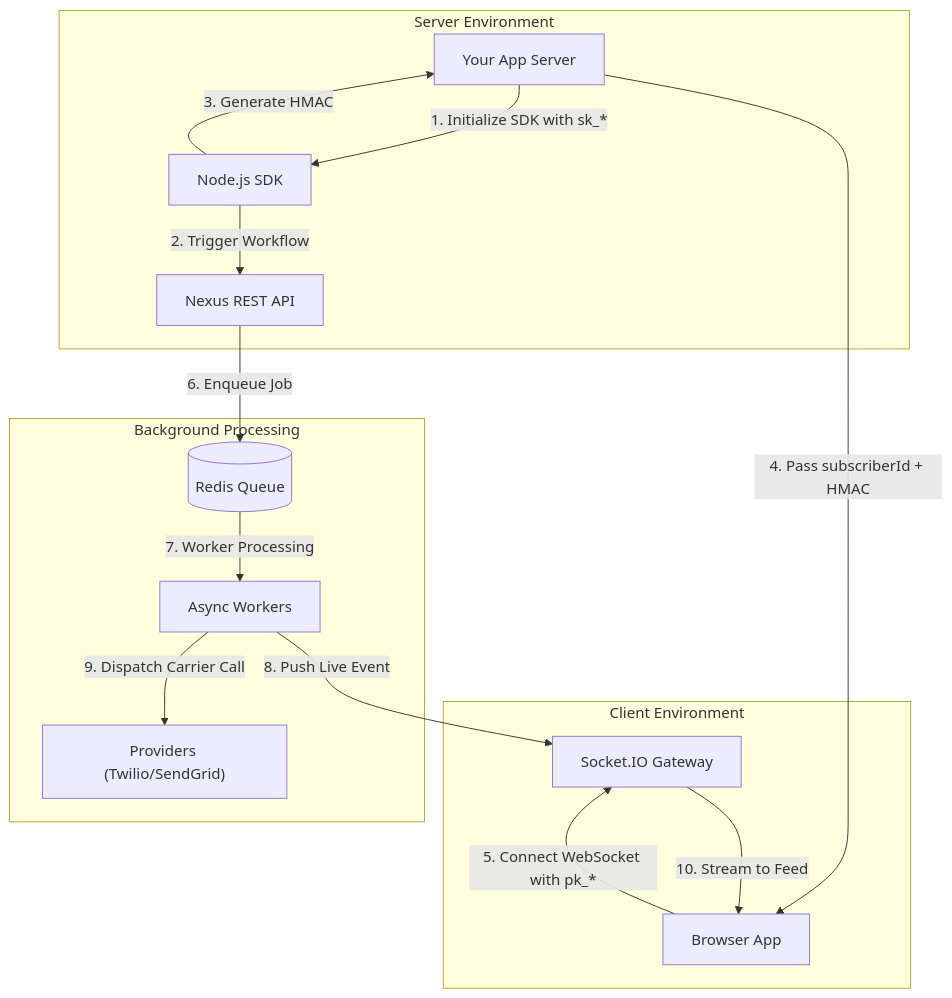
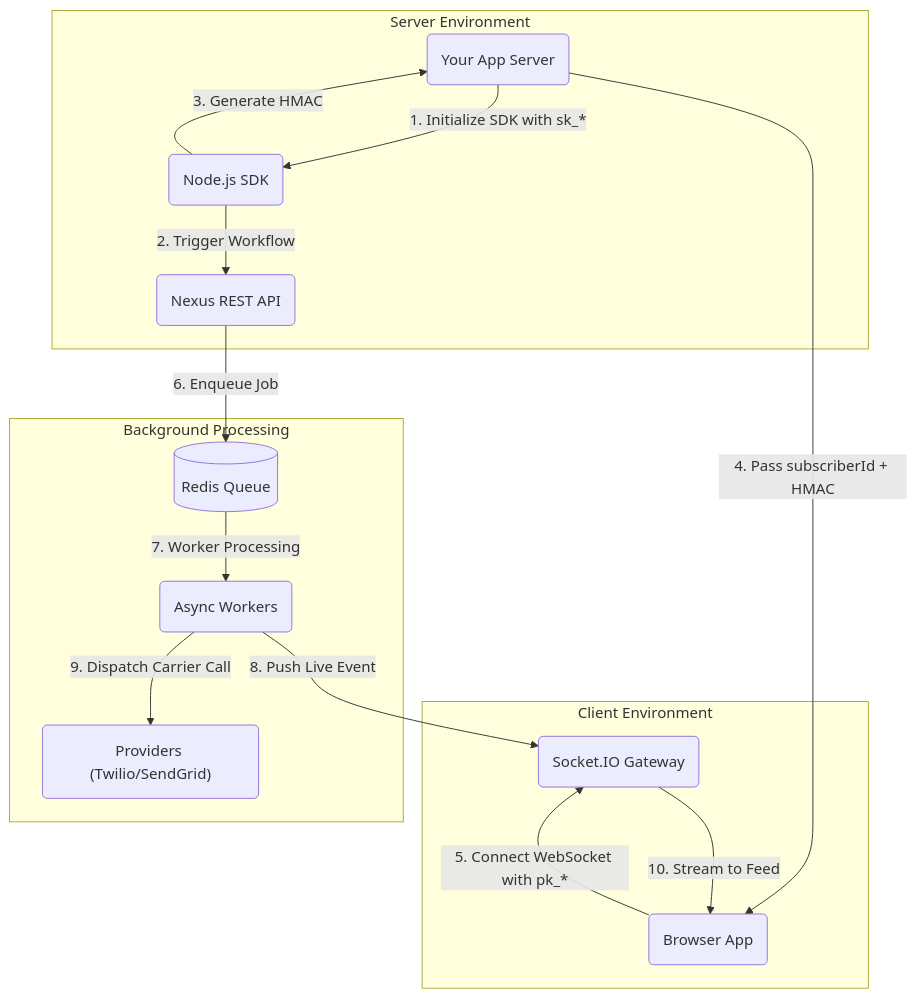
Before and after one commit to KriyanshKhunt/nexus_docs: the diagram in content/docs/en/sdk/index.mdx, drawn with Mermaid. The commit also changed 25 other files, not shown here.

Commit message:
Handle en Mermaid charts

````diff
--- a/content/docs/en/sdk/index.mdx
+++ b/content/docs/en/sdk/index.mdx
@@ -74,22 +74,22 @@
 ```mermaid
 flowchart TD
   subgraph Server Environment
-    App[Your App Server] -->|1. Initialize SDK with sk_*| SDK[Node.js SDK]
-    SDK -->|2. Trigger Workflow| API[Nexus REST API]
+    App(Your App Server) -->|1. Initialize SDK with sk_*| SDK(Node.js SDK)
+    SDK -->|2. Trigger Workflow| API(Nexus REST API)
     SDK -->|3. Generate HMAC| App
   end
 
   subgraph Client Environment
-    App -->|4. Pass subscriberId + HMAC| FE[Browser App]
-    FE -->|5. Connect WebSocket with pk_*| WebHost[Socket.IO Gateway]
+    App -->|4. Pass subscriberId + HMAC| FE(Browser App)
+    FE -->|5. Connect WebSocket with pk_*| WebHost(Socket.IO Gateway)
   end
 
   subgraph Background Processing
     API -->|6. Enqueue Job| Q[(Redis Queue)]
-    Q -->|7. Worker Processing| Workers[Async Workers]
+    Q -->|7. Worker Processing| Workers(Async Workers)
     Workers -->|8. Push Live Event| WebHost
-    Workers -->|9. Dispatch Carrier Call| Carriers["Providers (Twilio/SendGrid)"]
+    Workers -->|9. Dispatch Carrier Call| Carriers("Providers (Twilio/SendGrid)")
   end
 
   WebHost -->|10. Stream to Feed| FE
 ```
````
